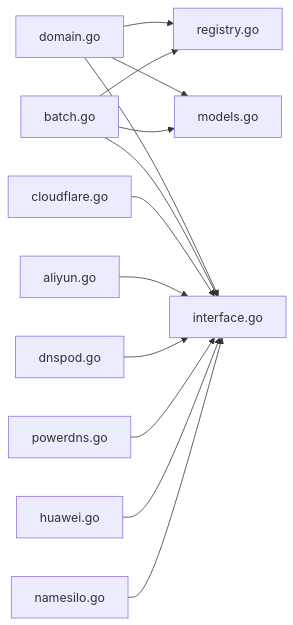
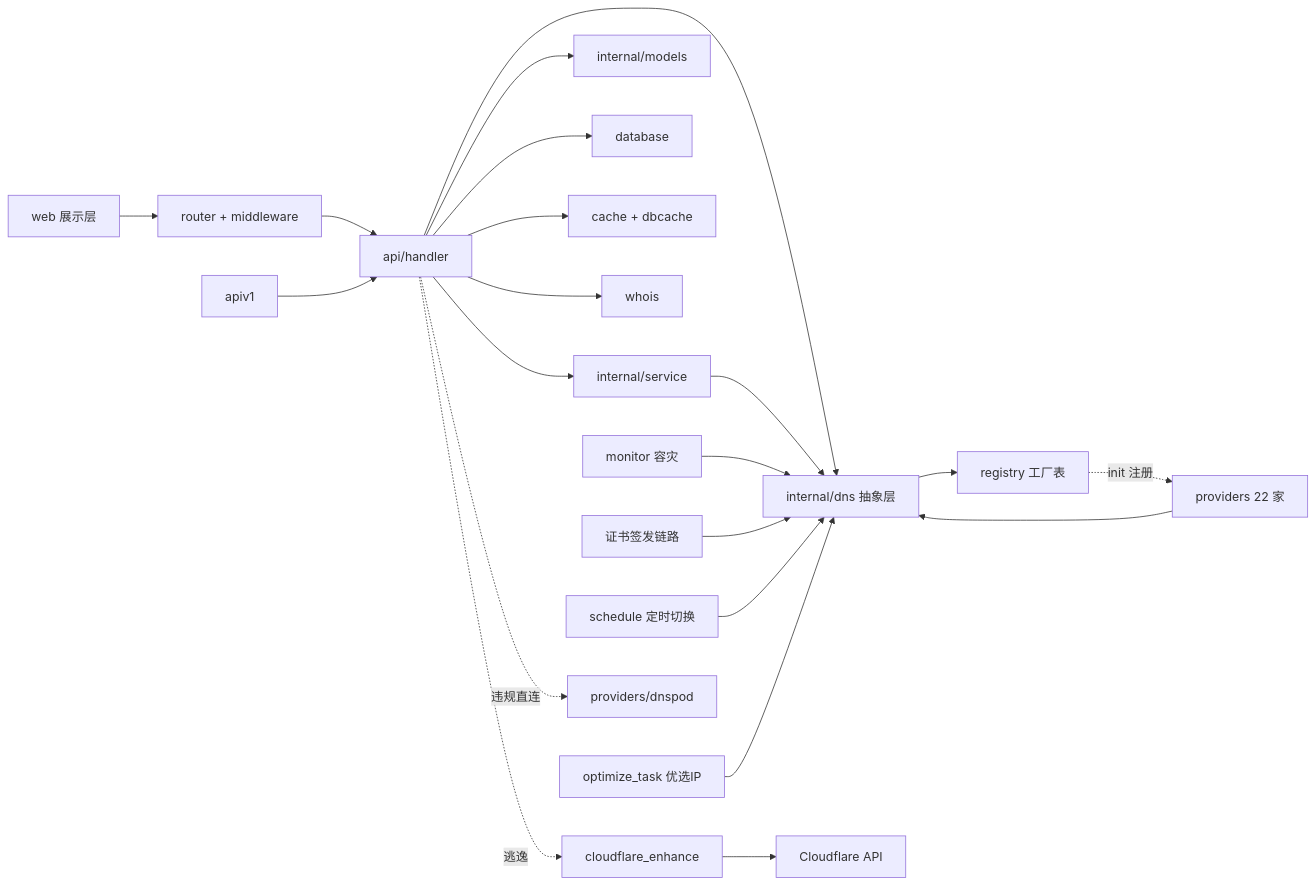
One commit to x01n/dnsplane changed the fourth of 5 diagrams in docs/DNS管理功能/DNS管理功能.md. Above: the diagram before and after it, drawn with Mermaid. The commit also changed other lines of this file and 326 other files, not shown here.

````diff
--- a/docs/DNS管理功能/DNS管理功能.md
+++ b/docs/DNS管理功能/DNS管理功能.md
@@ -384,15 +473,23 @@
 ```mermaid
 graph LR
-A["domain.go"] --> B["registry.go"]
-A --> C["models.go"]
-A --> D["interface.go"]
-E["batch.go"] --> B
-E --> C
-E --> D
-F["cloudflare.go"] --> D
-G["aliyun.go"] --> D
-H["dnspod.go"] --> D
-I["powerdns.go"] --> D
-J["huawei.go"] --> D
-K["namesilo.go"] --> D
+    WEB["web 展示层"] --> API["router + middleware"]
+    API --> HD["api/handler"]
+    V1["apiv1"] --> HD
+    HD --> DNS["internal/dns 抽象层"]
+    HD --> SVC["internal/service"]
+    HD --> MOD["internal/models"]
+    HD --> DB["database"]
+    HD --> CACHE["cache + dbcache"]
+    HD --> WH["whois"]
+    SVC --> DNS
+    MON["monitor 容灾"] --> DNS
+    CERT["证书签发链路"] --> DNS
+    SCH["schedule 定时切换"] --> DNS
+    OPT["optimize_task 优选IP"] --> DNS
+    DNS --> REG["registry 工厂表"]
+    REG -.->|init 注册| PROV["providers 22 家"]
+    PROV --> DNS
+    HD -.->|违规直连| DSP["providers/dnspod"]
+    HD -.->|逃逸| CFS["cloudflare_enhance"]
+    CFS --> CFAPI["Cloudflare API"]
 ```
````
